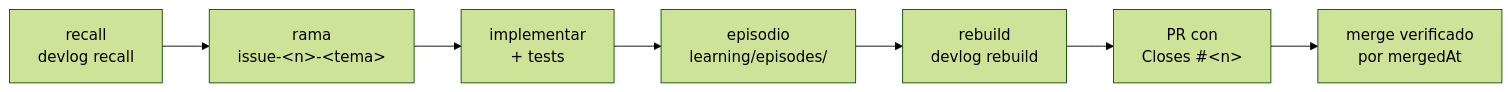
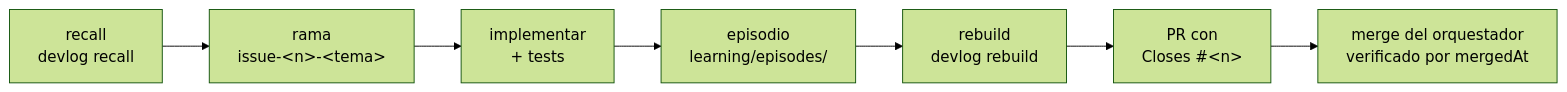
One commit to cherrera0001/Agents_Learning_Loops changed the diagram in docs/entorno/harness.md. Above: the diagram before and after it, drawn with Mermaid (forest theme). The commit also changed other lines of this file and 11 other files, not shown here.

````diff
--- a/docs/entorno/harness.md
+++ b/docs/entorno/harness.md
@@ -44,9 +44,9 @@
 ```mermaid
 flowchart LR
     R["recall<br/>devlog recall"] --> B["rama<br/>issue-&lt;n&gt;-&lt;tema&gt;"]
     B --> I["implementar<br/>+ tests"]
     I --> E["episodio<br/>learning/episodes/"]
     E --> RB["rebuild<br/>devlog rebuild"]
     RB --> PR["PR con<br/>Closes #&lt;n&gt;"]
-    PR --> M["merge verificado<br/>por mergedAt"]
+    PR --> M["merge del orquestador<br/>verificado por mergedAt"]
 ```
````
